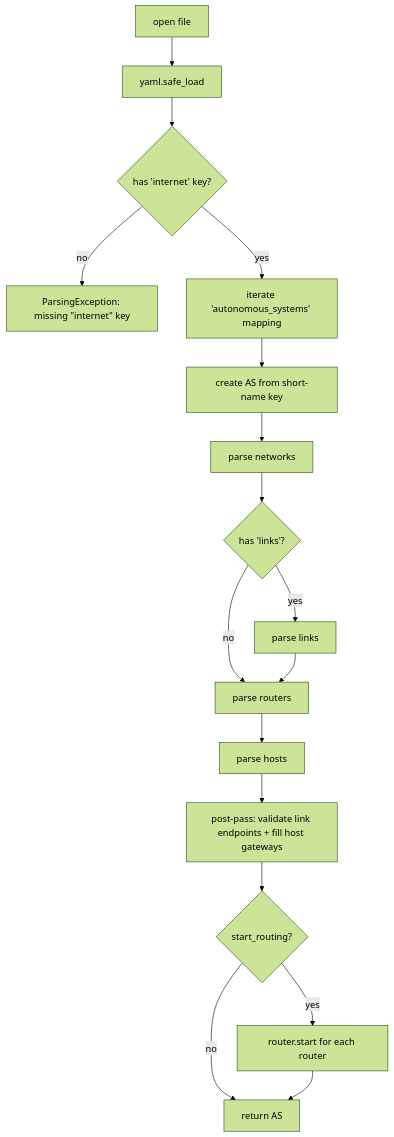
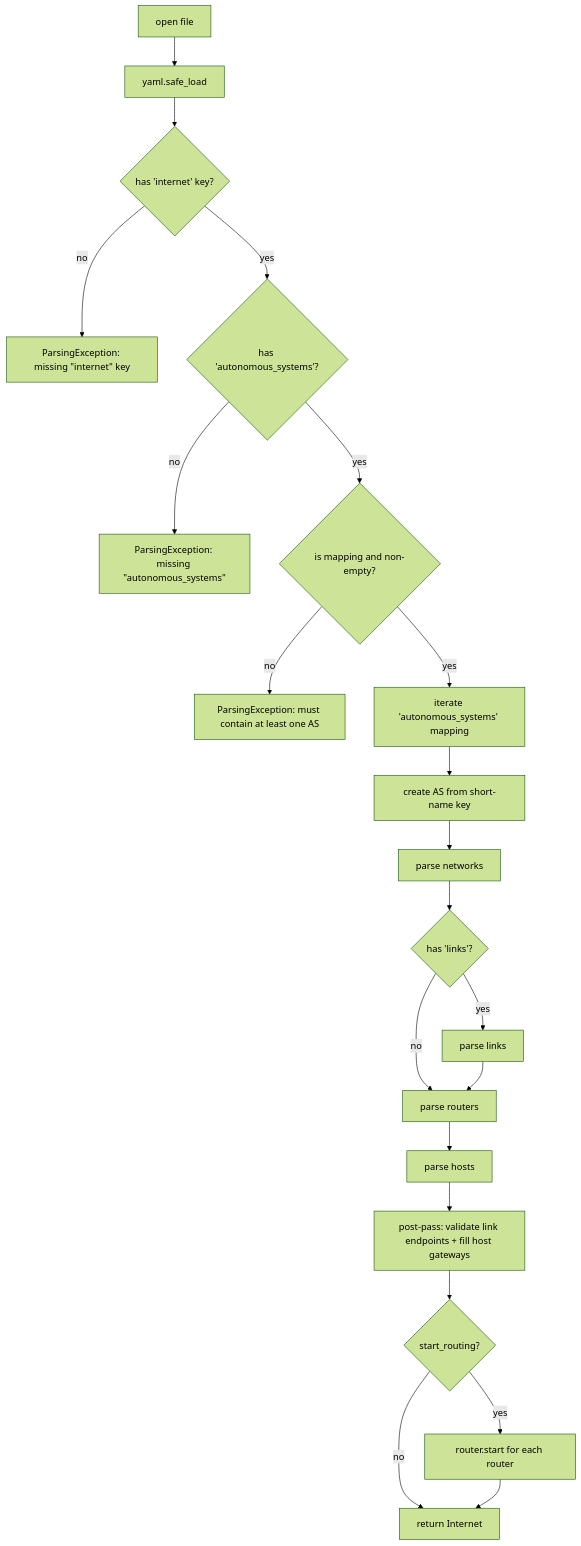
One commit to lukius/loom changed the diagram in docs/architecture/parser.md. Above: the diagram before and after it, drawn with Mermaid (forest theme). The commit also changed other lines of this file, not shown here.

Commit message:
docs(parser): document missing validations and fix parse() return type

````diff
--- a/docs/architecture/parser.md
+++ b/docs/architecture/parser.md
@@ -108,19 +112,23 @@
 ```mermaid
 flowchart TD
   A[open file] --> B[yaml.safe_load]
   B --> C{has 'internet' key?}
   C -- no --> X[ParsingException: missing &quot;internet&quot; key]
-  C -- yes --> D[iterate 'autonomous_systems' mapping]
+  C -- yes --> C2{has 'autonomous_systems'?}
+  C2 -- no --> X2[ParsingException: missing &quot;autonomous_systems&quot;]
+  C2 -- yes --> C3{is mapping and non-empty?}
+  C3 -- no --> X3[ParsingException: must contain at least one AS]
+  C3 -- yes --> D[iterate 'autonomous_systems' mapping]
   D --> E[create AS from short-name key]
   E --> F[parse networks]
   F --> G{has 'links'?}
   G -- yes --> H[parse links]
   G -- no --> I
   H --> I[parse routers]
   I --> J[parse hosts]
   J --> K[post-pass: validate link endpoints + fill host gateways]
   K --> L{start_routing?}
   L -- yes --> N[router.start for each router]
   L -- no --> M
-  N --> M[return AS]
+  N --> M[return Internet]
 ```
````
